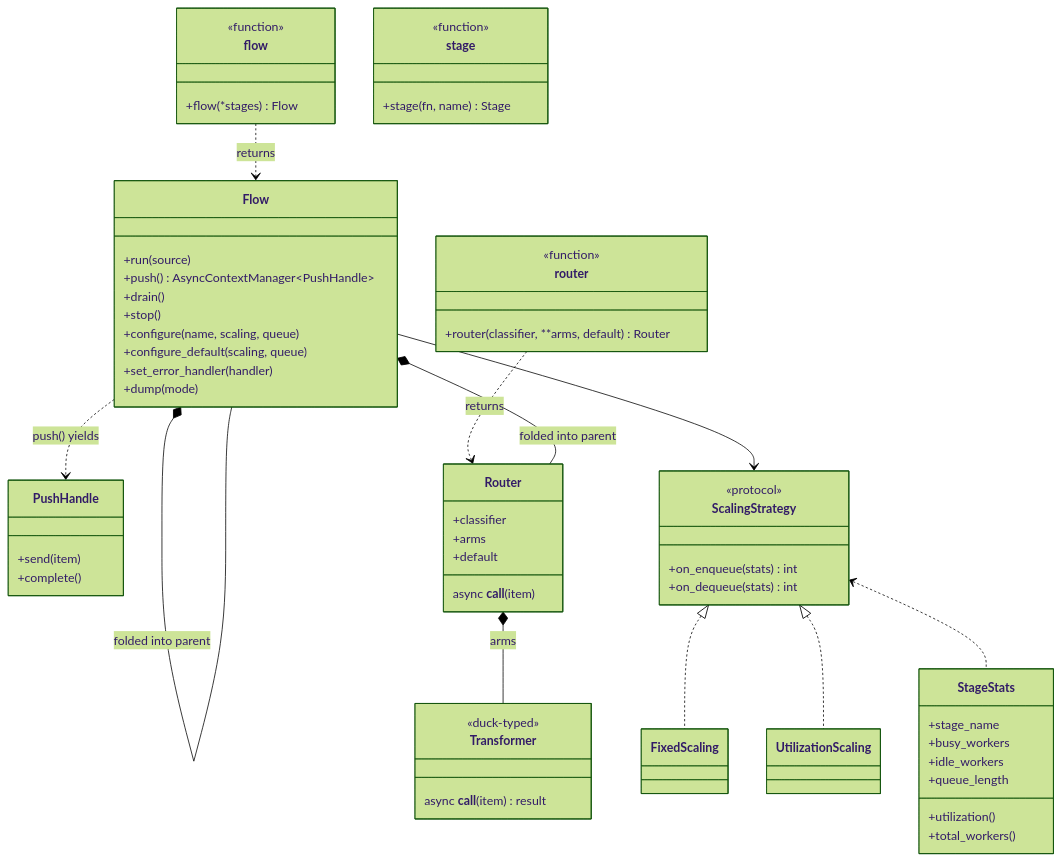
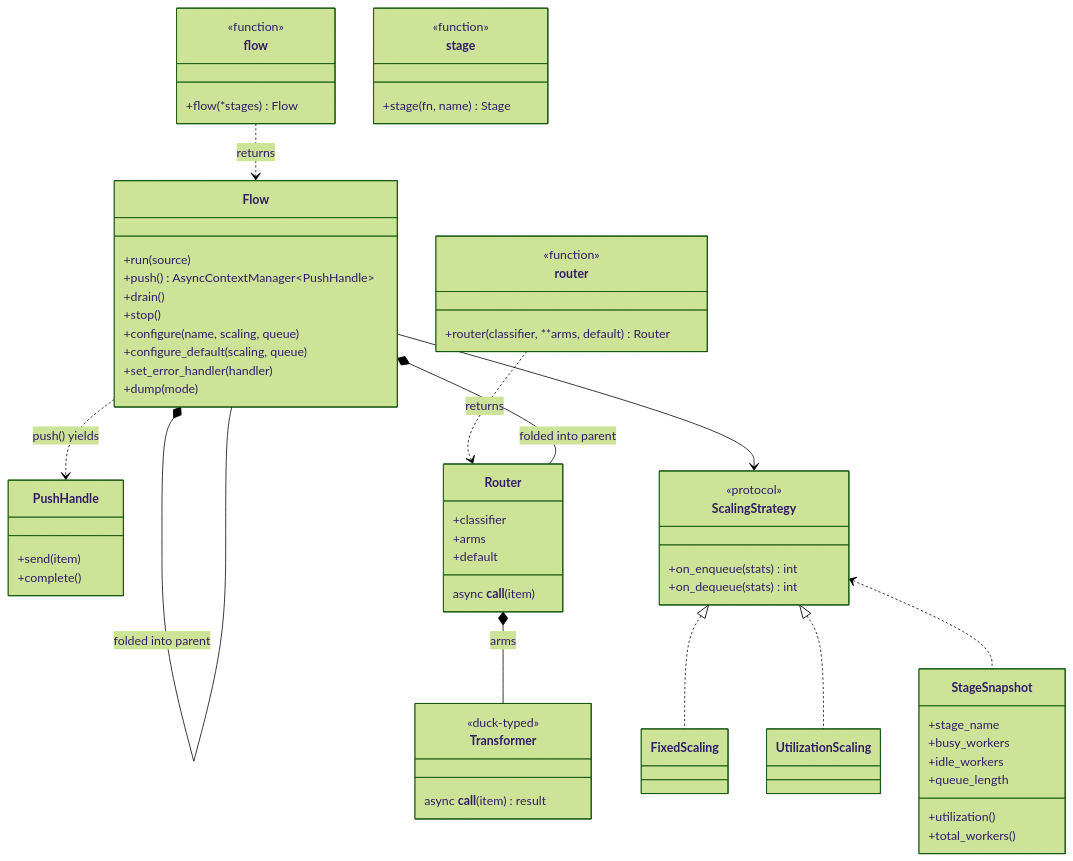
Before and after one commit to maxsimov/flowrhythm: the diagram in DESIGN.md, drawn with Mermaid (forest theme). The commit also changed other lines of this file and 7 other files, not shown here.

First line of the commit message:
docs+refactor: rename StageStats→StageSnapshot; sync strategies; M2c design lockdown

````diff
--- a/DESIGN.md
+++ b/DESIGN.md
@@ -297,73 +435,73 @@
 ```mermaid
 classDiagram
     class flow {
         <<function>>
         +flow(*stages) Flow
     }
 
     class router {
         <<function>>
         +router(classifier, **arms, default) Router
     }
 
     class stage {
         <<function>>
         +stage(fn, name) Stage
     }
 
     class Transformer {
         <<duck-typed>>
         async __call__(item) result
     }
 
     class Flow {
         +run(source)
         +push() AsyncContextManager~PushHandle~
         +drain()
         +stop()
         +configure(name, scaling, queue)
         +configure_default(scaling, queue)
         +set_error_handler(handler)
         +dump(mode)
     }
 
     class PushHandle {
         +send(item)
         +complete()
     }
 
     class Router {
         +classifier
         +arms
         +default
         async __call__(item)
     }
 
     class ScalingStrategy {
         <<protocol>>
         +on_enqueue(stats) int
         +on_dequeue(stats) int
     }
     class FixedScaling
     class UtilizationScaling
 
-    class StageStats {
+    class StageSnapshot {
         +stage_name
         +busy_workers
         +idle_workers
         +queue_length
         +utilization()
         +total_workers()
     }
 
     flow ..> Flow : returns
     router ..> Router : returns
     Flow ..> PushHandle : push() yields
     Flow *-- Flow : folded into parent
     Flow *-- Router : folded into parent
     Router *-- Transformer : arms
     Flow --> ScalingStrategy
     ScalingStrategy <|.. FixedScaling
     ScalingStrategy <|.. UtilizationScaling
-    ScalingStrategy <.. StageStats
+    ScalingStrategy <.. StageSnapshot
 ```
````
